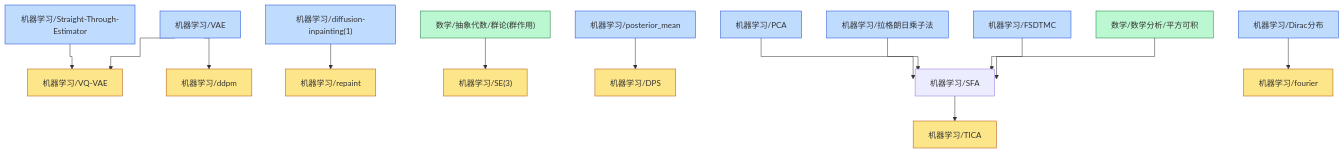
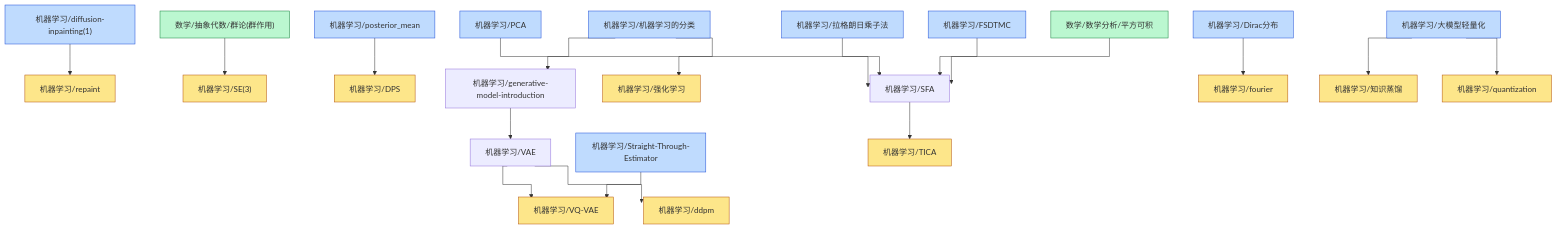
One commit to zeroDtree/zeroDtree.github.io changed the diagram in content/机器学习/dependency_graph.md. Above: the diagram before and after it, drawn with Mermaid. The commit also changed 7 other files, not shown here.

Commit message:
Enhance machine learning documentation by adding new sections on model classification, lightweight models, and knowledge distillation. Update dependency graphs to reflect new relationships and improve navigation. Include introductory links in relevant documents for better context and accessibility.

````diff
--- a/content/机器学习/dependency_graph.md
+++ b/content/机器学习/dependency_graph.md
@@ -1,40 +1,51 @@
 ```mermaid
 %%{init: {'flowchart': {'curve': 'stepAfter'}}}%%
 graph TD
-1["机器学习/VAE"] --> 0["机器学习/VQ-VAE"]
-2["机器学习/Straight-Through-Estimator"] --> 0["机器学习/VQ-VAE"]
-4["机器学习/diffusion-inpainting(1)"] --> 3["机器学习/repaint"]
-6["数学/抽象代数/群论(群作用)"] --> 5["机器学习/SE(3)"]
-1["机器学习/VAE"] --> 7["机器学习/ddpm"]
-9["机器学习/posterior_mean"] --> 8["机器学习/DPS"]
-11["机器学习/SFA"] --> 10["机器学习/TICA"]
-13["机器学习/Dirac分布"] --> 12["机器学习/fourier"]
-14["机器学习/PCA"] --> 11["机器学习/SFA"]
-15["机器学习/拉格朗日乘子法"] --> 11["机器学习/SFA"]
-16["机器学习/FSDTMC"] --> 11["机器学习/SFA"]
-17["数学/数学分析/平方可积"] --> 11["机器学习/SFA"]
+1["机器学习/机器学习的分类"] --> 0["机器学习/generative-model-introduction"]
+3["机器学习/VAE"] --> 2["机器学习/VQ-VAE"]
+4["机器学习/Straight-Through-Estimator"] --> 2["机器学习/VQ-VAE"]
+6["机器学习/diffusion-inpainting(1)"] --> 5["机器学习/repaint"]
+8["数学/抽象代数/群论(群作用)"] --> 7["机器学习/SE(3)"]
+0["机器学习/generative-model-introduction"] --> 3["机器学习/VAE"]
+3["机器学习/VAE"] --> 9["机器学习/ddpm"]
+11["机器学习/posterior_mean"] --> 10["机器学习/DPS"]
+13["机器学习/SFA"] --> 12["机器学习/TICA"]
+15["机器学习/Dirac分布"] --> 14["机器学习/fourier"]
+17["机器学习/大模型轻量化"] --> 16["机器学习/知识蒸馏"]
+1["机器学习/机器学习的分类"] --> 18["机器学习/强化学习"]
+19["机器学习/PCA"] --> 13["机器学习/SFA"]
+20["机器学习/拉格朗日乘子法"] --> 13["机器学习/SFA"]
+21["机器学习/FSDTMC"] --> 13["机器学习/SFA"]
+22["数学/数学分析/平方可积"] --> 13["机器学习/SFA"]
+17["机器学习/大模型轻量化"] --> 23["机器学习/quantization"]
 classDef leaf fill:#fde68a,stroke:#b45309
-class 0,3,5,7,8,10,12 leaf
+class 2,5,7,9,10,12,14,16,18,23 leaf
 classDef root fill:#bfdbfe,stroke:#1d4ed8
-class 1,2,4,9,13,14,15,16 root
+class 1,4,6,11,15,17,19,20,21 root
 classDef foundationRoot fill:#bbf7d0,stroke:#15803d
-class 6,17 foundationRoot
-click 0 "/机器学习/vq-vae" "机器学习/VQ-VAE"
-click 1 "/机器学习/vae" "机器学习/VAE"
-click 2 "/机器学习/straight-through-estimator" "机器学习/Straight-Through-Estimator"
-click 3 "/机器学习/repaint" "机器学习/repaint"
-click 4 "/机器学习/diffusion-inpainting(1)" "机器学习/diffusion-inpainting(1)"
-click 5 "/机器学习/se(3)" "机器学习/SE(3)"
-click 6 "/数学/抽象代数/群论(群作用)" "数学/抽象代数/群论(群作用)"
-click 7 "/机器学习/ddpm" "机器学习/ddpm"
-click 8 "/机器学习/dps" "机器学习/DPS"
-click 9 "/机器学习/posterior_mean" "机器学习/posterior_mean"
-click 10 "/机器学习/tica" "机器学习/TICA"
-click 11 "/机器学习/sfa" "机器学习/SFA"
-click 12 "/机器学习/fourier" "机器学习/fourier"
-click 13 "/机器学习/dirac分布" "机器学习/Dirac分布"
-click 14 "/机器学习/pca" "机器学习/PCA"
-click 15 "/机器学习/拉格朗日乘子法" "机器学习/拉格朗日乘子法"
-click 16 "/机器学习/fsdtmc" "机器学习/FSDTMC"
-click 17 "/数学/数学分析/平方可积" "数学/数学分析/平方可积"
+class 8,22 foundationRoot
+click 0 "/机器学习/generative-model-introduction" "机器学习/generative-model-introduction"
+click 1 "/机器学习/机器学习的分类" "机器学习/机器学习的分类"
+click 2 "/机器学习/vq-vae" "机器学习/VQ-VAE"
+click 3 "/机器学习/vae" "机器学习/VAE"
+click 4 "/机器学习/straight-through-estimator" "机器学习/Straight-Through-Estimator"
+click 5 "/机器学习/repaint" "机器学习/repaint"
+click 6 "/机器学习/diffusion-inpainting(1)" "机器学习/diffusion-inpainting(1)"
+click 7 "/机器学习/se(3)" "机器学习/SE(3)"
+click 8 "/数学/抽象代数/群论(群作用)" "数学/抽象代数/群论(群作用)"
+click 9 "/机器学习/ddpm" "机器学习/ddpm"
+click 10 "/机器学习/dps" "机器学习/DPS"
+click 11 "/机器学习/posterior_mean" "机器学习/posterior_mean"
+click 12 "/机器学习/tica" "机器学习/TICA"
+click 13 "/机器学习/sfa" "机器学习/SFA"
+click 14 "/机器学习/fourier" "机器学习/fourier"
+click 15 "/机器学习/dirac分布" "机器学习/Dirac分布"
+click 16 "/机器学习/知识蒸馏" "机器学习/知识蒸馏"
+click 17 "/机器学习/大模型轻量化" "机器学习/大模型轻量化"
+click 18 "/机器学习/强化学习" "机器学习/强化学习"
+click 19 "/机器学习/pca" "机器学习/PCA"
+click 20 "/机器学习/拉格朗日乘子法" "机器学习/拉格朗日乘子法"
+click 21 "/机器学习/fsdtmc" "机器学习/FSDTMC"
+click 22 "/数学/数学分析/平方可积" "数学/数学分析/平方可积"
+click 23 "/机器学习/quantization" "机器学习/quantization"
 ```
````
